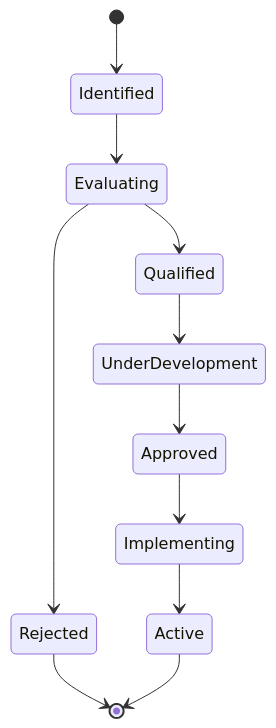
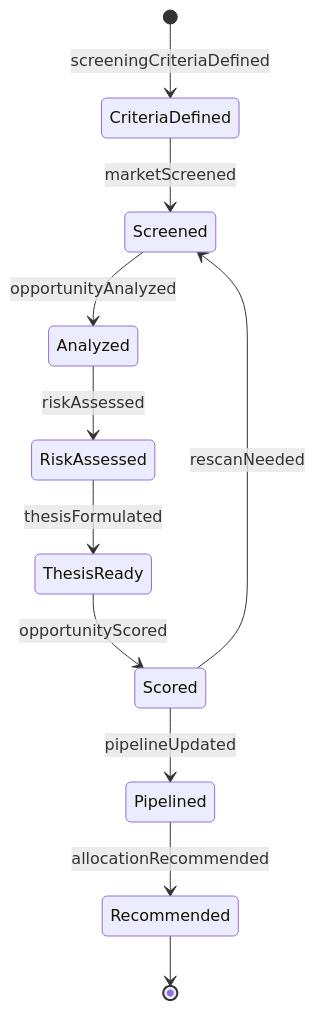
One commit to dot-org-ai/tasks.org.ai changed the second of 4 diagrams in IdentifyingObjectsActionsAndEvents/IdentifyBusinessOrOrganizationalOpportunities/IdentifyInvestmentOpportunitiesStrategies.mdx. Above: the diagram before and after it, drawn with Mermaid. The commit also changed other lines of this file and 515 other files, not shown here.

````diff
--- a/IdentifyingObjectsActionsAndEvents/IdentifyBusinessOrOrganizationalOpportunities/IdentifyInvestmentOpportunitiesStrategies.mdx
+++ b/IdentifyingObjectsActionsAndEvents/IdentifyBusinessOrOrganizationalOpportunities/IdentifyInvestmentOpportunitiesStrategies.mdx
@@ -106,13 +107,13 @@
 ```mermaid
 stateDiagram-v2
-    [*] --> Identified
-    Identified --> Evaluating
-    Evaluating --> Qualified
-    Qualified --> UnderDevelopment
-    UnderDevelopment --> Approved
-    Evaluating --> Rejected
-    Rejected --> [*]
-    Approved --> Implementing
-    Implementing --> Active
-    Active --> [*]
+    [*] --> CriteriaDefined : screeningCriteriaDefined
+    CriteriaDefined --> Screened : marketScreened
+    Screened --> Analyzed : opportunityAnalyzed
+    Analyzed --> RiskAssessed : riskAssessed
+    RiskAssessed --> ThesisReady : thesisFormulated
+    ThesisReady --> Scored : opportunityScored
+    Scored --> Pipelined : pipelineUpdated
+    Pipelined --> Recommended : allocationRecommended
+    Scored --> Screened : rescanNeeded
+    Recommended --> [*]
 ```
````
